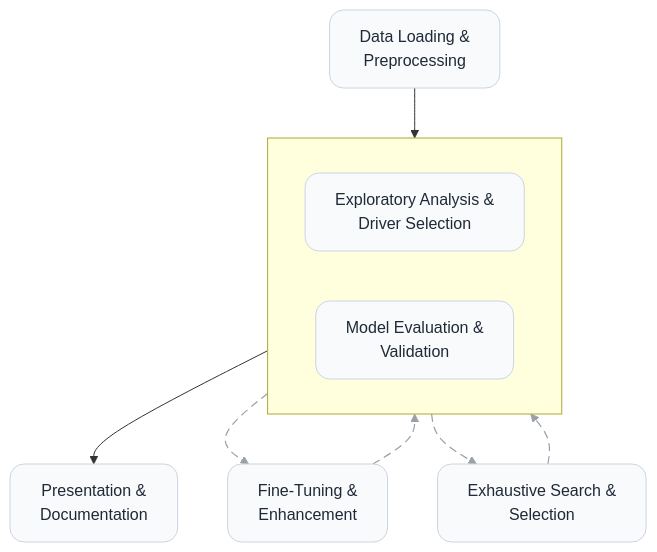
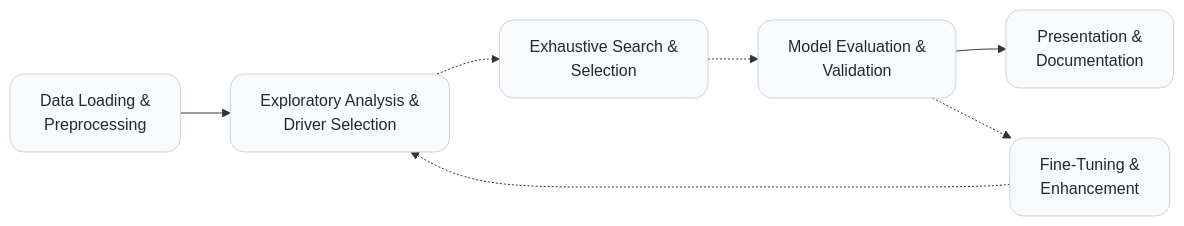
Before and after one commit to shawn-y-sun/Project_LEGO: the diagram in README.md, drawn with Mermaid.

````diff
--- a/README.md
+++ b/README.md
@@ -32,33 +32,22 @@
 ```mermaid
-flowchart TB
-    %% Top node
-    T["Exhaustive Search &\nSelection"]:::step
+flowchart LR
+    %% Nodes declared left-to-right
+    DL["Data Loading &\nPreprocessing"]:::step
+    EDA["Exploratory Analysis &\nDriver Selection"]:::step
+    SRCH["Exhaustive Search &\nSelection"]:::step
+    EVAL["Model Evaluation &\nValidation"]:::step
+    DOC["Presentation &\nDocumentation"]:::step
+    FT["Fine‑Tuning &\nEnhancement"]:::step
 
-    %% Middle row (left-right)
-    subgraph ROW_MIDDLE[ ]
-      direction LR
-      L["Exploratory Analysis &\nDriver Selection"]:::step
-      R["Model Evaluation &\nValidation"]:::step
-    end
+    %% Solid linear path only for entry and exit
+    DL --> EDA
+    EVAL --> DOC
 
-    %% Bottom node
-    B["Fine‑Tuning &\nEnhancement"]:::step
-
-    %% Linear entry/exit
-    DL["Data Loading &\nPreprocessing"]:::step --> L
-    R --> DOC["Presentation &\nDocumentation"]:::step
-
-    %% Dashed loop
-    T -.-> R
-    R -.-> B
-    B -.-> L
-    L -.-> T
-
-    %% Styling approximating the reference
-    linkStyle 2 stroke:#9aa0a6,stroke-width:1.2px,stroke-dasharray:8 5
-    linkStyle 3 stroke:#9aa0a6,stroke-width:1.2px,stroke-dasharray:8 5
-    linkStyle 4 stroke:#9aa0a6,stroke-width:1.2px,stroke-dasharray:8 5
-    linkStyle 5 stroke:#9aa0a6,stroke-width:1.2px,stroke-dasharray:8 5
+    %% Dashed iterative loop
+    EDA -.-> SRCH
+    SRCH -.-> EVAL
+    EVAL -.-> FT
+    FT -.-> EDA
 
     classDef step fill:#f8fafc,stroke:#cbd5e1,color:#1f2937,rx:14,ry:14
 ```
````
